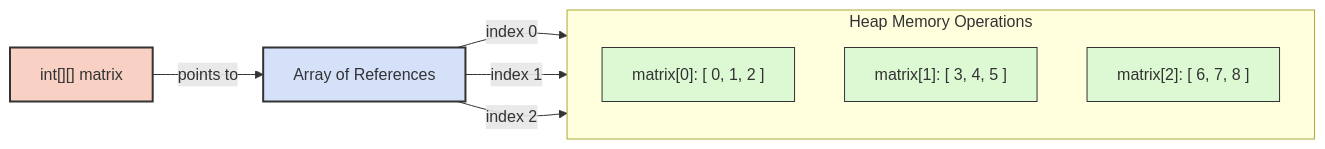
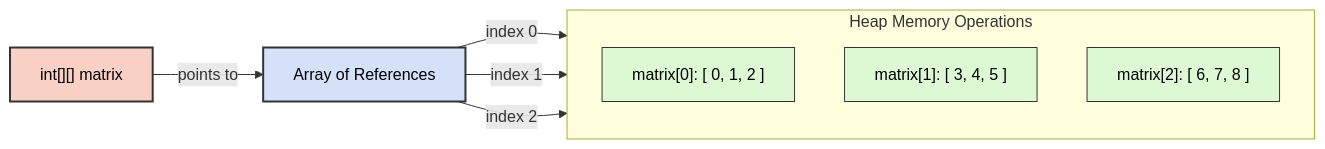
Before and after one commit to shainsethi/dsa-java: the diagram in TwoDArrays/TwoDArrays.md, drawn with Mermaid.

Commit message:
docs: Add comprehensive documentation for 2D arrays in Java, including examples, memory representation, and an introduction to the spiral matrix pattern.

````diff
--- a/TwoDArrays/TwoDArrays.md
+++ b/TwoDArrays/TwoDArrays.md
@@ -57,21 +57,21 @@
 ```mermaid
 flowchart LR
     A["int[][] matrix"] -->|points to| B["Array of References"]
     
     subgraph Heap [Heap Memory Operations]
         direction TB
         R0["matrix[0]: [ 0, 1, 2 ]"]
         R1["matrix[1]: [ 3, 4, 5 ]"]
         R2["matrix[2]: [ 6, 7, 8 ]"]
     end
     
     B -->|index 0| R0
     B -->|index 1| R1
     B -->|index 2| R2
     
-    style A fill:#f9d0c4,stroke:#333,stroke-width:2px
-    style B fill:#d4e1f9,stroke:#333,stroke-width:2px
-    style R0 fill:#dcf9d4,stroke:#333,stroke-width:1px
-    style R1 fill:#dcf9d4,stroke:#333,stroke-width:1px
-    style R2 fill:#dcf9d4,stroke:#333,stroke-width:1px
+    style A fill:#f9d0c4,stroke:#333,stroke-width:2px,color:#000
+    style B fill:#d4e1f9,stroke:#333,stroke-width:2px,color:#000
+    style R0 fill:#dcf9d4,stroke:#333,stroke-width:1px,color:#000
+    style R1 fill:#dcf9d4,stroke:#333,stroke-width:1px,color:#000
+    style R2 fill:#dcf9d4,stroke:#333,stroke-width:1px,color:#000
 ```
````
